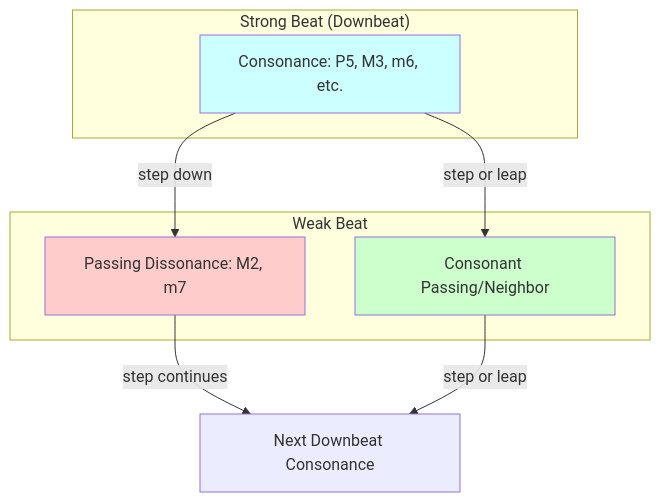
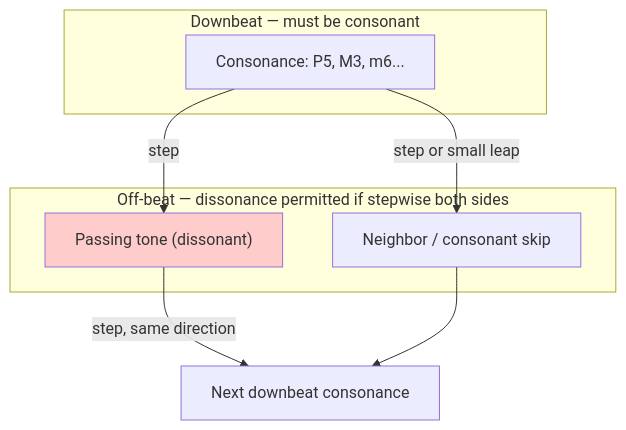
The second of 3 diagrams in topics/arts/composition/counterpoint/labs.md (blebleblee/synapse), drawn with Mermaid before and after one commit. The commit also changed other lines of this file and 4 other files, not shown here.

````diff
--- a/topics/arts/composition/counterpoint/labs.md
+++ b/topics/arts/composition/counterpoint/labs.md
@@ -241,20 +170,15 @@
 ```mermaid
 graph TD
-    subgraph sub_downbeat ["Strong Beat (Downbeat)"]
-        A["Consonance: P5, M3, m6, etc."]
+    subgraph sub_strong ["Downbeat — must be consonant"]
+        A["Consonance: P5, M3, m6..."]
     end
-    
-    subgraph sub_weakbeat ["Weak Beat"]
-        B["Passing Dissonance: M2, m7"]
-        C["Consonant Passing/Neighbor"]
+    subgraph sub_weak ["Off-beat — dissonance permitted if stepwise both sides"]
+        B["Passing tone (dissonant)"]
+        C["Neighbor / consonant skip"]
     end
-    
-    A -->|"step down"| B
-    A -->|"step or leap"| C
-    B -->|"step continues"| D["Next Downbeat Consonance"]
-    C -->|"step or leap"| D
-    
+    A -->|step| B
+    A -->|"step or small leap"| C
+    B -->|"step, same direction"| D["Next downbeat consonance"]
+    C --> D
     style B fill:#ffcccc
-    style A fill:#ccffff
-    style C fill:#ccffcc
 ```
````
